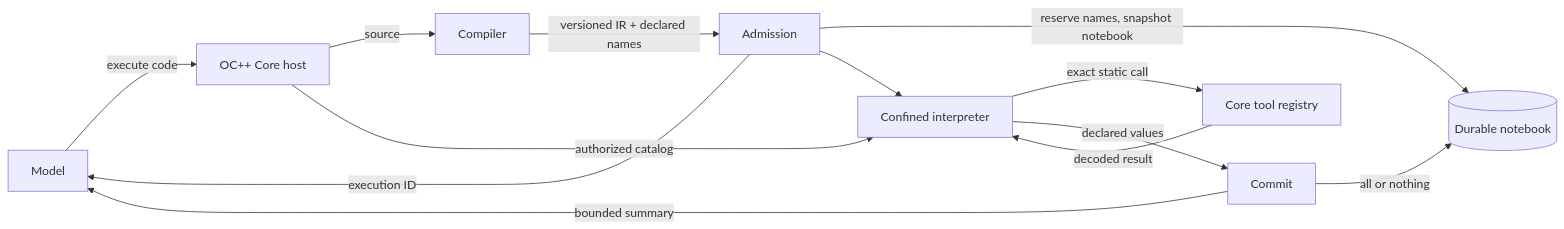
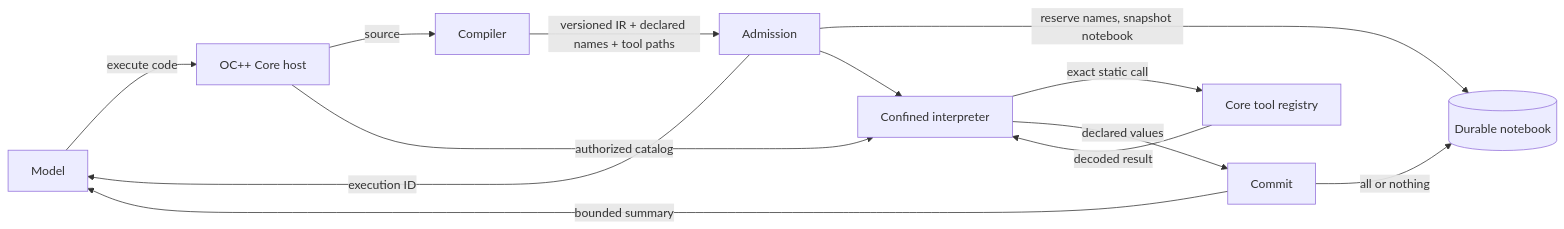
Before and after one commit to devagrawal09/ocpp: the first of 3 diagrams in packages/codemode/interpreter-support.md, drawn with Mermaid. The commit also changed other lines of this file and 1 other file, not shown here.

First line of the commit message:
docs(codemode): describe compile-time tool checks and suggestions

````diff
--- a/packages/codemode/interpreter-support.md
+++ b/packages/codemode/interpreter-support.md
@@ -16,15 +16,15 @@
 ```mermaid
 flowchart LR
     Model[Model] -->|execute code| Core[OC++ Core host]
     Core -->|source| Compiler[Compiler]
-    Compiler -->|versioned IR + declared names| Admission[Admission]
+    Compiler -->|versioned IR + declared names + tool paths| Admission[Admission]
     Admission -->|reserve names, snapshot notebook| Store[(Durable notebook)]
     Admission -->|execution ID| Model
     Admission --> Runtime[Confined interpreter]
     Core -->|authorized catalog| Runtime
     Runtime -->|exact static call| Tools[Core tool registry]
     Tools -->|decoded result| Runtime
     Runtime -->|declared values| Commit[Commit]
     Commit -->|all or nothing| Store
     Commit -->|bounded summary| Model
 ```
````
